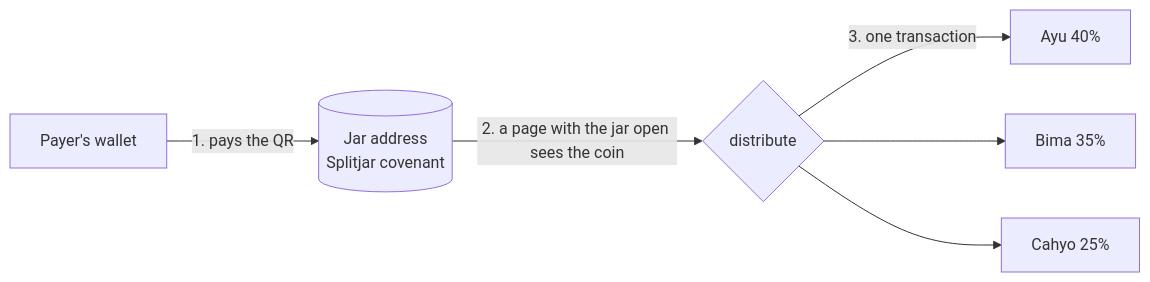
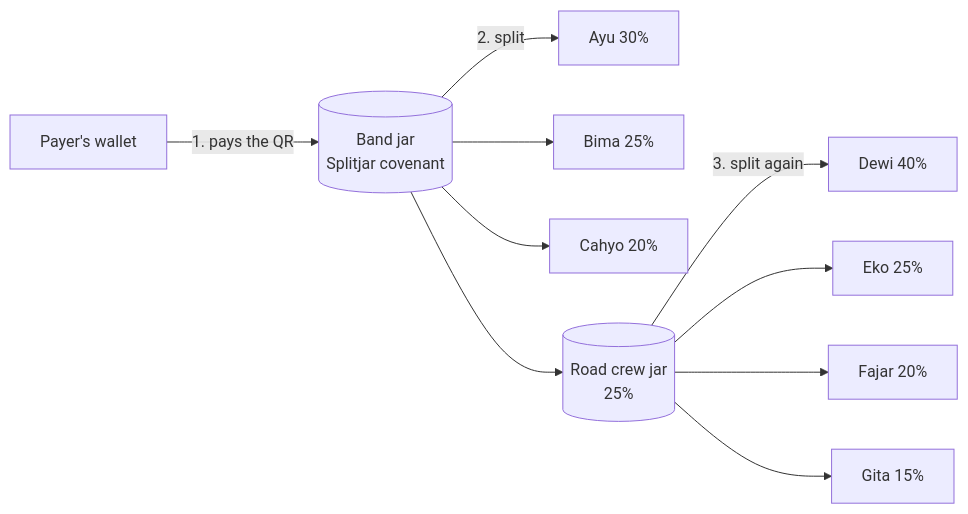
The diagram in README.md (Stylenexy/allpaid), drawn with Mermaid before and after one commit. The commit also changed other lines of this file and 4 other files, not shown here.

````diff
--- a/README.md
+++ b/README.md
@@ -52,8 +50,12 @@
 ```mermaid
 flowchart LR
-  P[Payer's wallet] -- 1. pays the QR --> J[(Jar address<br/>Splitjar covenant)]
-  J -- 2. a page with the jar open sees the coin --> D{distribute}
-  D -- 3. one transaction --> A[Ayu 40%]
-  D --> B[Bima 35%]
-  D --> C[Cahyo 25%]
+  P[Payer's wallet] -- 1. pays the QR --> J[(Band jar<br/>Splitjar covenant)]
+  J -- 2. split --> A[Ayu 30%]
+  J --> B[Bima 25%]
+  J --> C[Cahyo 20%]
+  J --> R[(Road crew jar<br/>25%)]
+  R -- 3. split again --> D[Dewi 40%]
+  R --> E[Eko 25%]
+  R --> F[Fajar 20%]
+  R --> G[Gita 15%]
 ```
````
